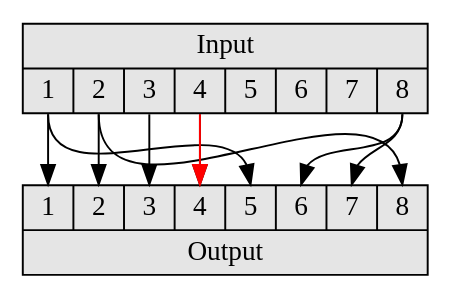
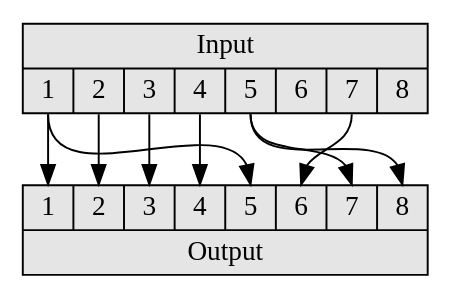
The diagram in sdv-PSnormal.gv (avmaint/uactechdoc), drawn with Graphviz before and after one commit. The commit also changed 7 other files, not shown here.

```diff
--- a/sdv-PSnormal.gv
+++ b/sdv-PSnormal.gv
@@ -1,23 +1,21 @@
 digraph psNormal { 
   
   
   # a comment
 graph [ 
       tooltip=" ", 
       fontname = Helvetica]
  
 node [shape=record, style=filled, fillcolor=grey90] 
 input [label="{Input|{<1>1|<2>2|<3>3|<4>4|<5>5|<6>6|<7>7|<8>8}}"]
 output [label="{{<1>1|<2>2|<3>3|<4>4|<5>5|<6>6|<7>7|<8>8}|Output}"]
 
 input:1 -> output:1
 input:2 -> output:2
 input:3 -> output:3
 input:4 -> output:4
 input:1 -> output:5
-input:2 -> output:8
-
-input:8 -> output:6
-input:8 -> output:7
-input:4 -> output:4 [color=red]
+input:7 -> output:6
+input:5 -> output:7
+input:5 -> output:8
 } 
```
